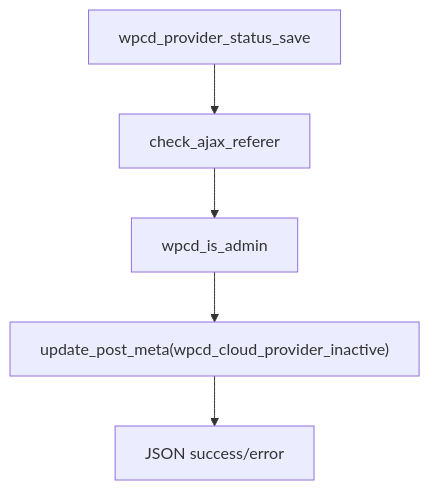
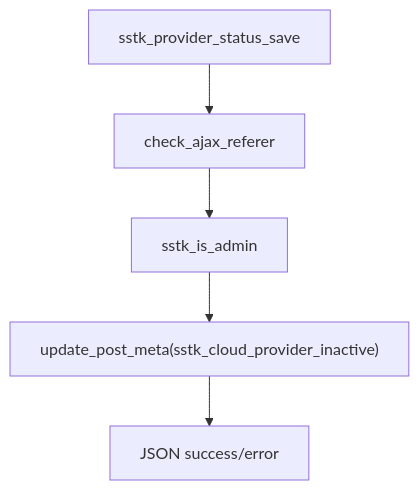
One commit to onedogsolutions/simple-stack changed the sixth of 10 diagrams in .qoder/repowiki/en/content/Core Components/Data Models & Post Types.md. Above: the diagram before and after it, drawn with Mermaid. The commit also changed other lines of this file and 5941 other files, not shown here.

````diff
--- a/.qoder/repowiki/en/content/Core Components/Data Models & Post Types.md
+++ b/.qoder/repowiki/en/content/Core Components/Data Models & Post Types.md
@@ -214,7 +214,7 @@
 ```mermaid
 flowchart TD
-SaveToggle["wpcd_provider_status_save"] --> ValidateNonce["check_ajax_referer"]
-ValidateNonce --> CheckCap["wpcd_is_admin"]
-CheckCap --> UpdateMeta["update_post_meta(wpcd_cloud_provider_inactive)"]
+SaveToggle["sstk_provider_status_save"] --> ValidateNonce["check_ajax_referer"]
+ValidateNonce --> CheckCap["sstk_is_admin"]
+CheckCap --> UpdateMeta["update_post_meta(sstk_cloud_provider_inactive)"]
 UpdateMeta --> Respond["JSON success/error"]
 ```
````
